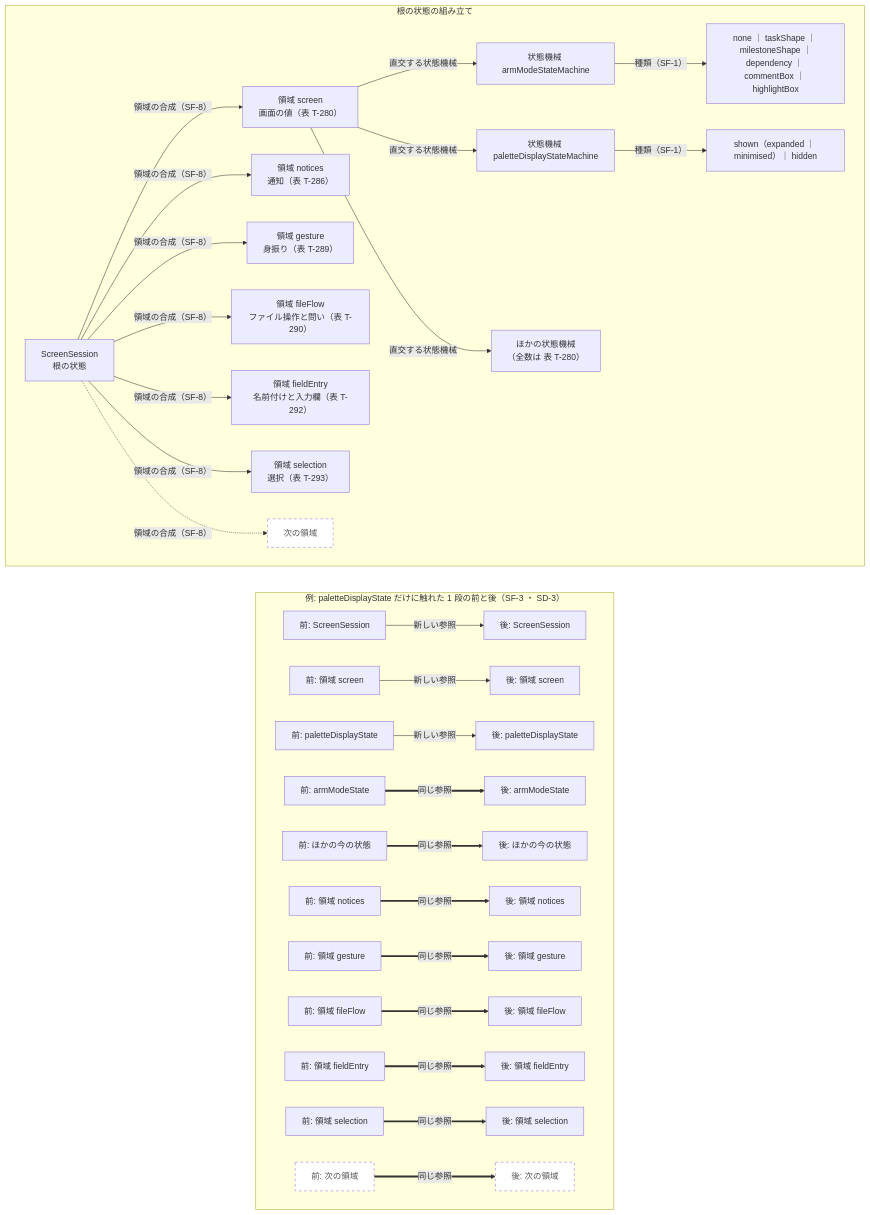
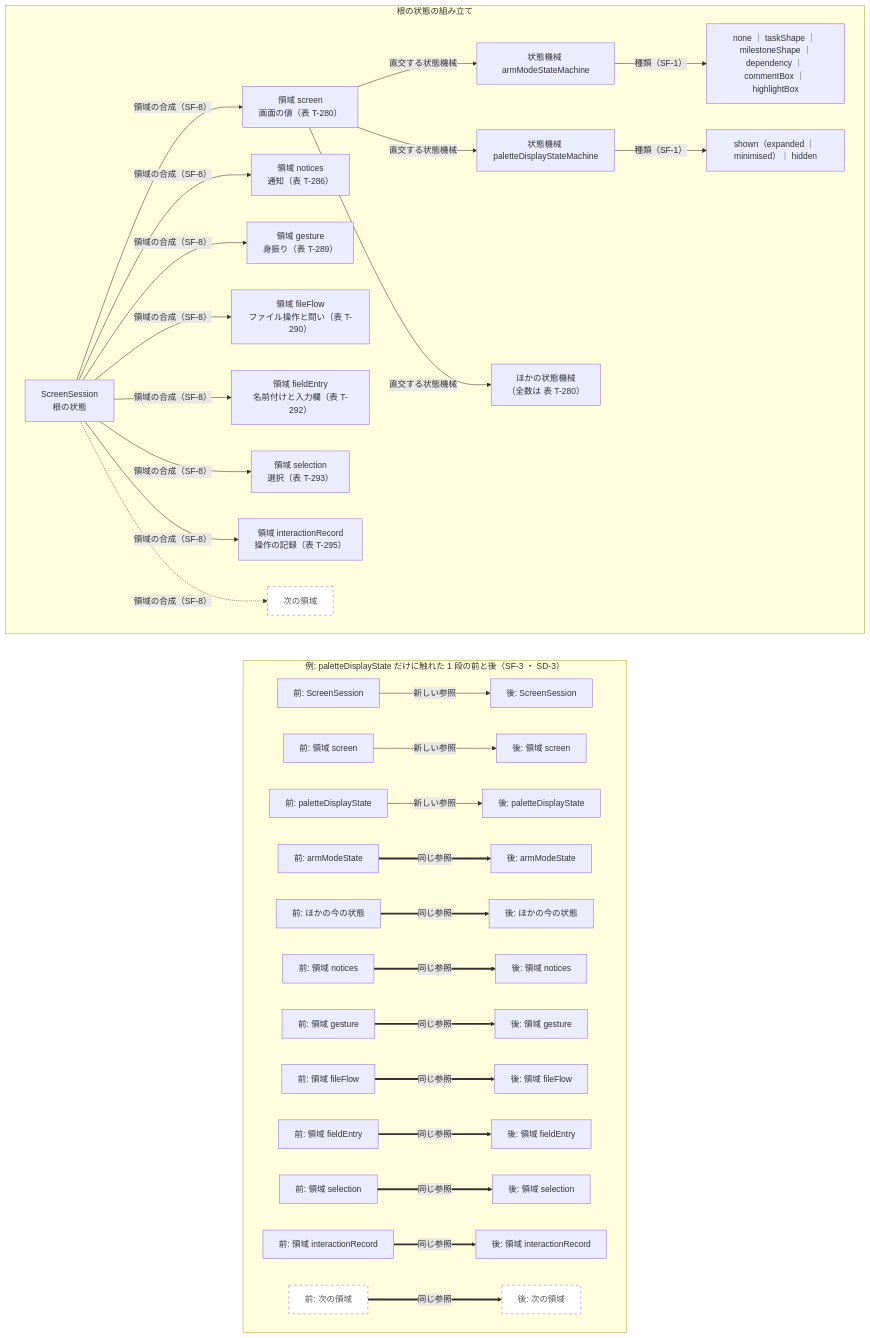
The fourth of 4 diagrams in docs/spec/05-07-design.md (GoodRelax/gr-scheduler), drawn with Mermaid before and after one commit. The commit also changed other lines of this file and 19 other files, not shown here.

````diff
--- a/docs/spec/05-07-design.md
+++ b/docs/spec/05-07-design.md
@@ -1087,48 +1089,51 @@
 ```mermaid
 flowchart TB
     subgraph Shape["根の状態の組み立て"]
         direction LR
         Root["ScreenSession<br>根の状態"]
         Screen["領域 screen<br>画面の値（表 T-280）"]
         Notices["領域 notices<br>通知（表 T-286）"]
         Gesture["領域 gesture<br>身振り（表 T-289）"]
         FileFlow["領域 fileFlow<br>ファイル操作と問い（表 T-290）"]
         FieldEntry["領域 fieldEntry<br>名前付けと入力欄（表 T-292）"]
         SelectionRegion["領域 selection<br>選択（表 T-293）"]
+        RecordRegion["領域 interactionRecord<br>操作の記録（表 T-295）"]
         Next["次の領域"]:::future
         Armed["状態機械 armModeStateMachine"]
         Palette["状態機械 paletteDisplayStateMachine"]
         Others["ほかの状態機械<br>（全数は 表 T-280）"]
         ArmedK["none ｜ taskShape ｜ milestoneShape ｜<br>dependency ｜ commentBox ｜ highlightBox"]
         PaletteK["shown（expanded ｜ minimised）｜ hidden"]
         Root -->|"領域の合成（SF-8）"| Screen
         Root -->|"領域の合成（SF-8）"| Notices
         Root -->|"領域の合成（SF-8）"| Gesture
         Root -->|"領域の合成（SF-8）"| FileFlow
         Root -->|"領域の合成（SF-8）"| FieldEntry
         Root -->|"領域の合成（SF-8）"| SelectionRegion
+        Root -->|"領域の合成（SF-8）"| RecordRegion
         Root -.->|"領域の合成（SF-8）"| Next
         Screen -->|"直交する状態機械"| Armed
         Screen -->|"直交する状態機械"| Palette
         Screen -->|"直交する状態機械"| Others
         Armed -->|"種類（SF-1）"| ArmedK
         Palette -->|"種類（SF-1）"| PaletteK
     end
     subgraph Step["例: paletteDisplayState だけに触れた 1 段の前と後（SF-3 ・ SD-3）"]
         direction LR
         R0["前: ScreenSession"] -->|"新しい参照"| R1["後: ScreenSession"]
         S0["前: 領域 screen"] -->|"新しい参照"| S1["後: 領域 screen"]
         P0["前: paletteDisplayState"] -->|"新しい参照"| P1["後: paletteDisplayState"]
         A0["前: armModeState"] ==>|"同じ参照"| A1["後: armModeState"]
         O0["前: ほかの今の状態"] ==>|"同じ参照"| O1["後: ほかの今の状態"]
         M0["前: 領域 notices"] ==>|"同じ参照"| M1["後: 領域 notices"]
         G0["前: 領域 gesture"] ==>|"同じ参照"| G1["後: 領域 gesture"]
         F0["前: 領域 fileFlow"] ==>|"同じ参照"| F1["後: 領域 fileFlow"]
         E0["前: 領域 fieldEntry"] ==>|"同じ参照"| E1["後: 領域 fieldEntry"]
         L0["前: 領域 selection"] ==>|"同じ参照"| L1["後: 領域 selection"]
+        K0["前: 領域 interactionRecord"] ==>|"同じ参照"| K1["後: 領域 interactionRecord"]
         N0["前: 次の領域"]:::future ==>|"同じ参照"| N1["後: 次の領域"]:::future
     end
     Shape ~~~ Step
 
     classDef future stroke-dasharray: 5 5,fill:#fff,color:#555
 ```
````
